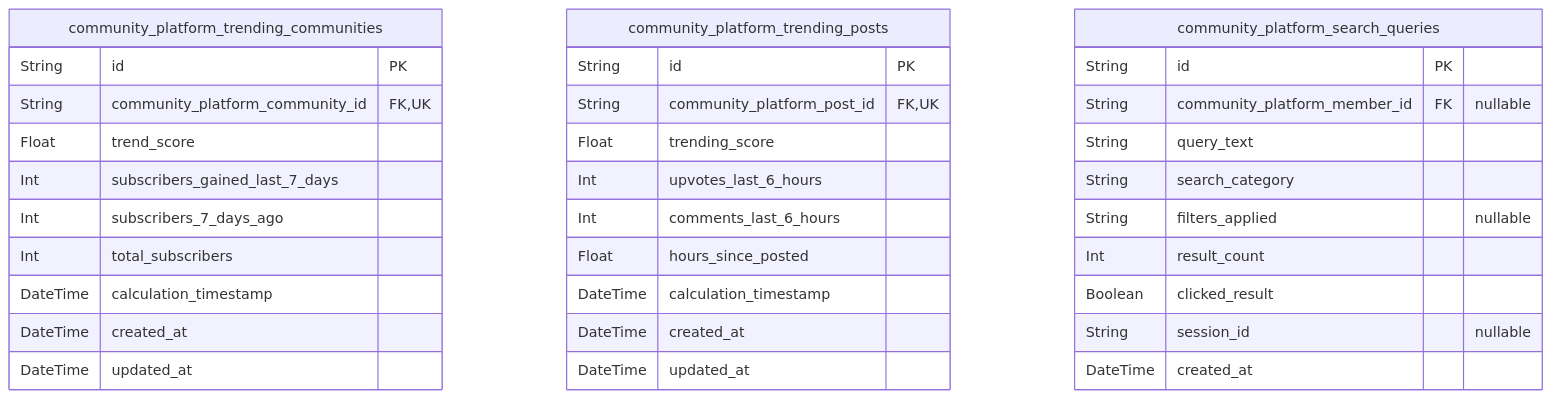
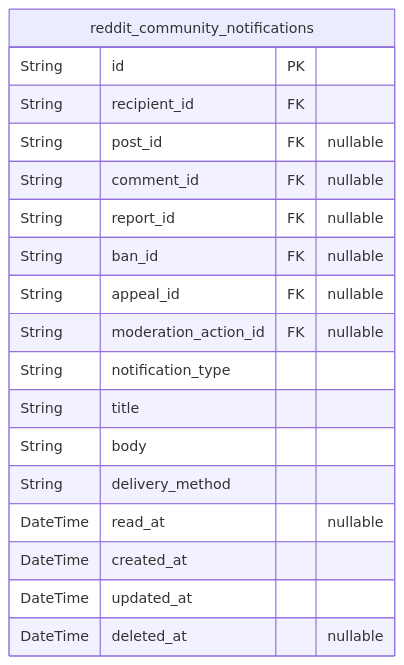
One commit to wrtnlabs/autobe-examples changed the sixth of 6 diagrams in anthropic/claude-sonnet-4.5/reddit/docs/ERD.md. Above: the diagram before and after it, drawn with Mermaid. The commit also changed other lines of this file and 22498 other files, not shown here.

````diff
--- a/anthropic/claude-sonnet-4.5/reddit/docs/ERD.md
+++ b/anthropic/claude-sonnet-4.5/reddit/docs/ERD.md
@@ -1187,36 +1196,21 @@
 ```mermaid
 erDiagram
-"community_platform_trending_communities" {
+"reddit_community_notifications" {
   String id PK
-  String community_platform_community_id FK,UK
-  Float trend_score
-  Int subscribers_gained_last_7_days
-  Int subscribers_7_days_ago
-  Int total_subscribers
-  DateTime calculation_timestamp
+  String recipient_id FK
+  String post_id FK "nullable"
+  String comment_id FK "nullable"
+  String report_id FK "nullable"
+  String ban_id FK "nullable"
+  String appeal_id FK "nullable"
+  String moderation_action_id FK "nullable"
+  String notification_type
+  String title
+  String body
+  String delivery_method
+  DateTime read_at "nullable"
   DateTime created_at
   DateTime updated_at
-}
-"community_platform_trending_posts" {
-  String id PK
-  String community_platform_post_id FK,UK
-  Float trending_score
-  Int upvotes_last_6_hours
-  Int comments_last_6_hours
-  Float hours_since_posted
-  DateTime calculation_timestamp
-  DateTime created_at
-  DateTime updated_at
-}
-"community_platform_search_queries" {
-  String id PK
-  String community_platform_member_id FK "nullable"
-  String query_text
-  String search_category
-  String filters_applied "nullable"
-  Int result_count
-  Boolean clicked_result
-  String session_id "nullable"
-  DateTime created_at
+  DateTime deleted_at "nullable"
 }
 ```
````
